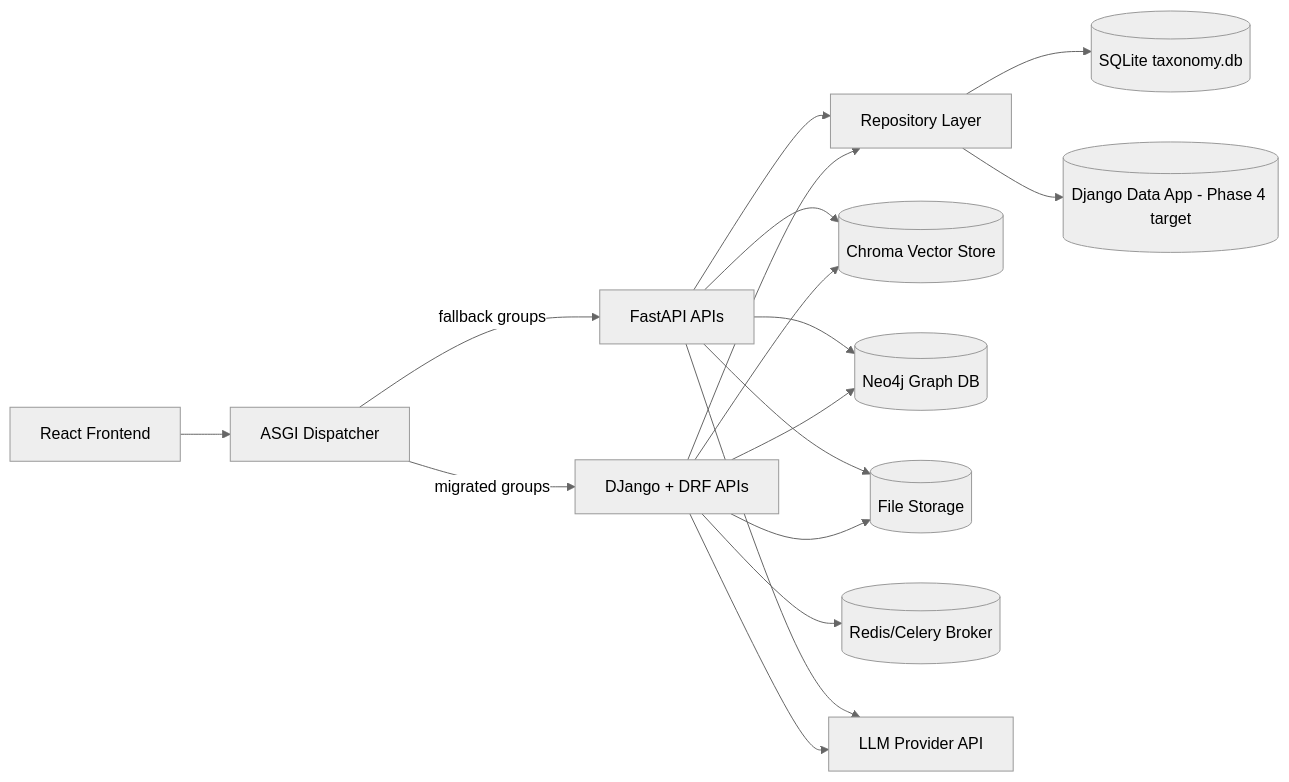
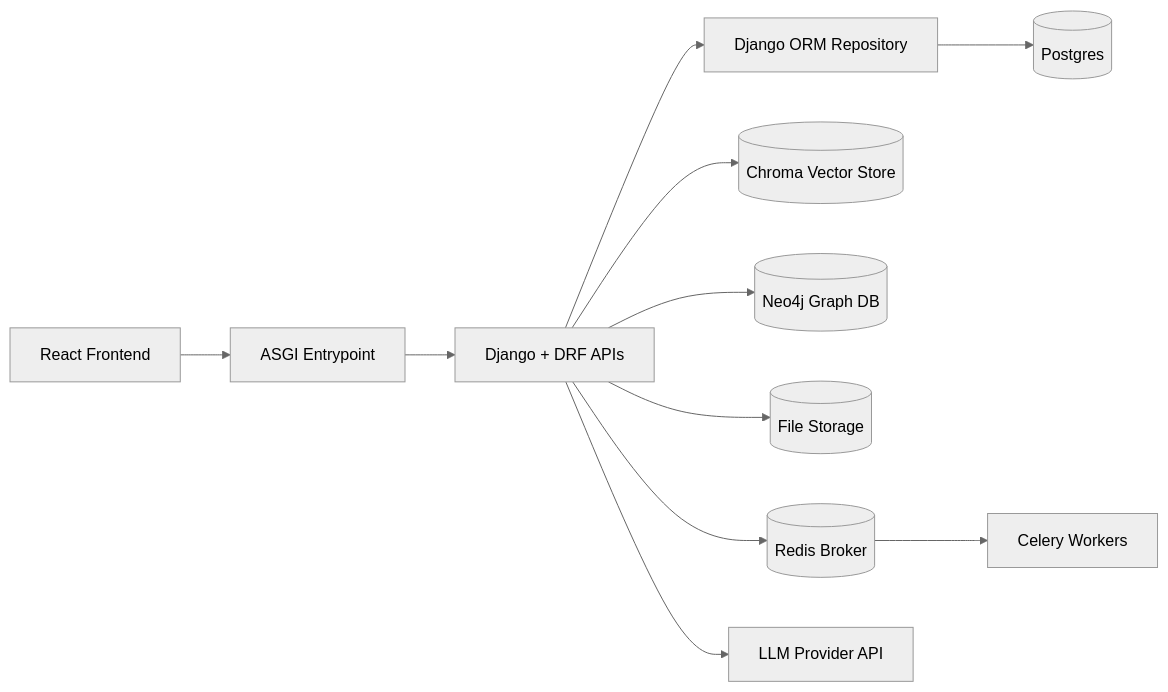
The first of 2 diagrams in README.md (Matthew-Booth-Py/data-labeller), drawn with Mermaid (neutral theme) before and after one commit. The commit also changed other lines of this file and 27 other files, not shown here.

````diff
--- a/README.md
+++ b/README.md
@@ -37,24 +37,13 @@
 ```mermaid
 flowchart LR
-    UI[React Frontend] --> DISP[ASGI Dispatcher]
-
-    DISP -->|migrated groups| DJ[DJango + DRF APIs]
-    DISP -->|fallback groups| FA[FastAPI APIs]
-
-    DJ --> REPO[Repository Layer]
-    FA --> REPO
-
-    REPO --> SQLITE[(SQLite taxonomy.db)]
-    REPO --> DJDATA[(Django Data App - Phase 4 target)]
-
+    UI[React Frontend] --> ASGI[ASGI Entrypoint]
+    ASGI --> DJ[Django + DRF APIs]
+    DJ --> REPO[Django ORM Repository]
+    REPO --> PG[(Postgres)]
     DJ --> CHROMA[(Chroma Vector Store)]
     DJ --> NEO4J[(Neo4j Graph DB)]
     DJ --> FILES[(File Storage)]
-    DJ --> REDIS[(Redis/Celery Broker)]
+    DJ --> REDIS[(Redis Broker)]
+    REDIS --> CELERY[Celery Workers]
     DJ --> LLM[LLM Provider API]
-
-    FA --> CHROMA
-    FA --> NEO4J
-    FA --> FILES
-    FA --> LLM
 ```
````
